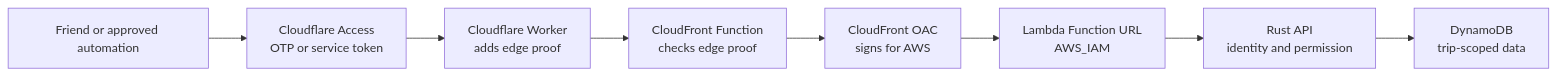
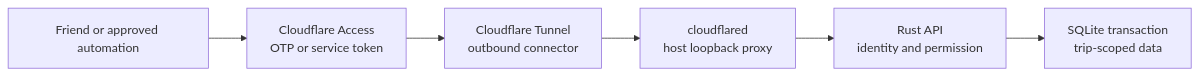
One commit to Kaiyu2023/itinera changed the diagram in docs/SECURITY.md. Above: the diagram before and after it, drawn with Mermaid. The commit also changed other lines of this file and 9 other files, not shown here.

Commit message:
docs: adopt single-node SQLite architecture

````diff
--- a/docs/SECURITY.md
+++ b/docs/SECURITY.md
@@ -140,13 +119,11 @@
 ```mermaid
 flowchart LR
     Caller["Friend or approved automation"]
     Access["Cloudflare Access<br/>OTP or service token"]
-    Worker["Cloudflare Worker<br/>adds edge proof"]
-    Gate["CloudFront Function<br/>checks edge proof"]
-    OAC["CloudFront OAC<br/>signs for AWS"]
-    Lambda["Lambda Function URL<br/>AWS_IAM"]
+    Tunnel["Cloudflare Tunnel<br/>outbound connector"]
+    Host["cloudflared<br/>host loopback proxy"]
     App["Rust API<br/>identity and permission"]
-    DB["DynamoDB<br/>trip-scoped data"]
+    DB["SQLite transaction<br/>trip-scoped data"]
 
-    Caller --> Access --> Worker --> Gate --> OAC --> Lambda --> App --> DB
+    Caller --> Access --> Tunnel --> Host --> App --> DB
 ```
````
